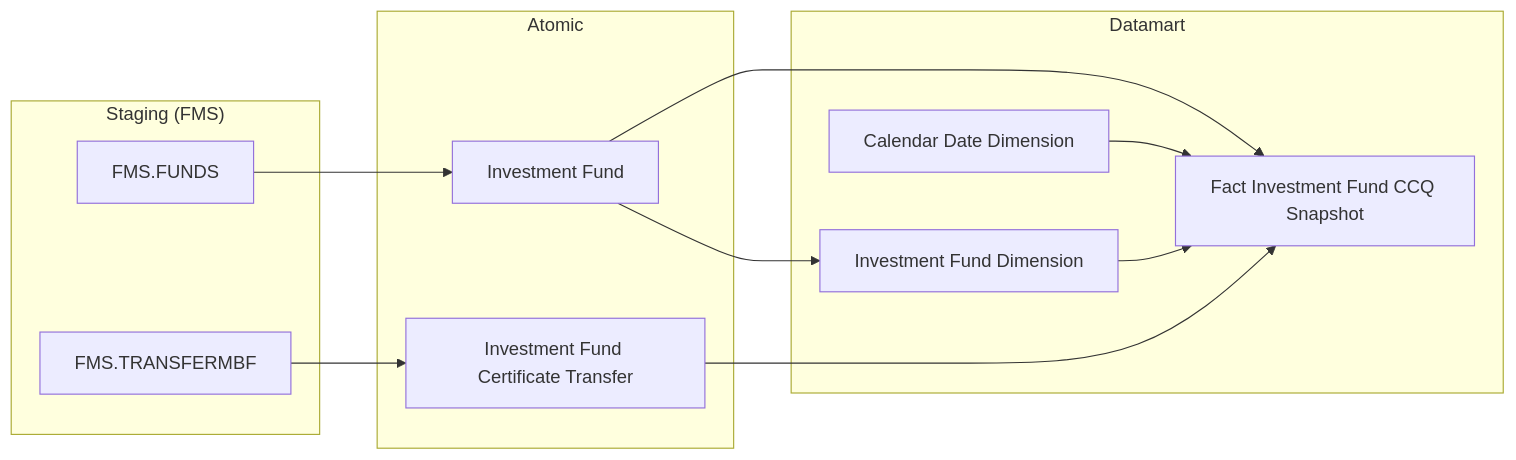
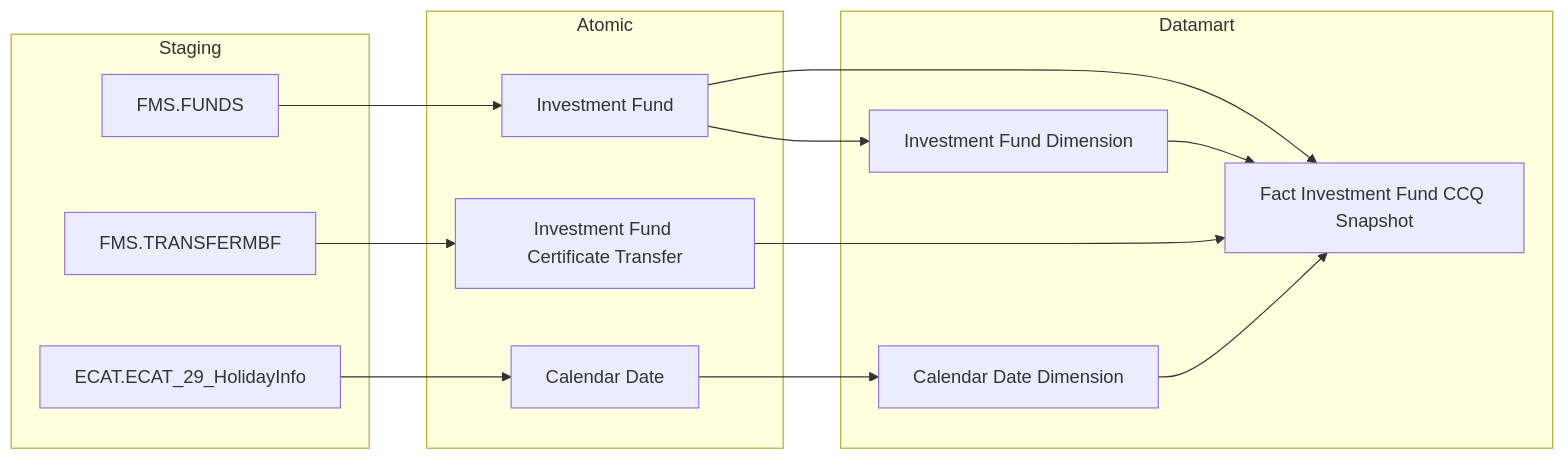
The sixth of 37 diagrams in Datamart/hld/DTM_FMS_HLD.md (linhlvit/ubck_atomic_design), drawn with Mermaid before and after one commit. The commit also changed other lines of this file and 10 other files, not shown here.

````diff
--- a/Datamart/hld/DTM_FMS_HLD.md
+++ b/Datamart/hld/DTM_FMS_HLD.md
@@ -250,28 +239,32 @@
 ```mermaid
 flowchart LR
-    subgraph SRC["Staging (FMS)"]
+    subgraph SRC["Staging"]
         S1["FMS.FUNDS"]
         S2["FMS.TRANSFERMBF"]
+        SE1["ECAT.ECAT_29_HolidayInfo"]
     end
 
     subgraph SIL["Atomic"]
         SV1["Investment Fund"]
         SV2["Investment Fund Certificate Transfer"]
+        SV3["Calendar Date"]
     end
 
     subgraph GOLD["Datamart"]
         G1["Fact Investment Fund CCQ Snapshot"]
         G2["Investment Fund Dimension"]
         G3["Calendar Date Dimension"]
     end
 
     S1 --> SV1
     S2 --> SV2
+    SE1 --> SV3
 
     SV1 --> G1
     SV2 --> G1
     SV1 --> G2
+    SV3 --> G3
 
     G2 --> G1
     G3 --> G1
 ```
````
